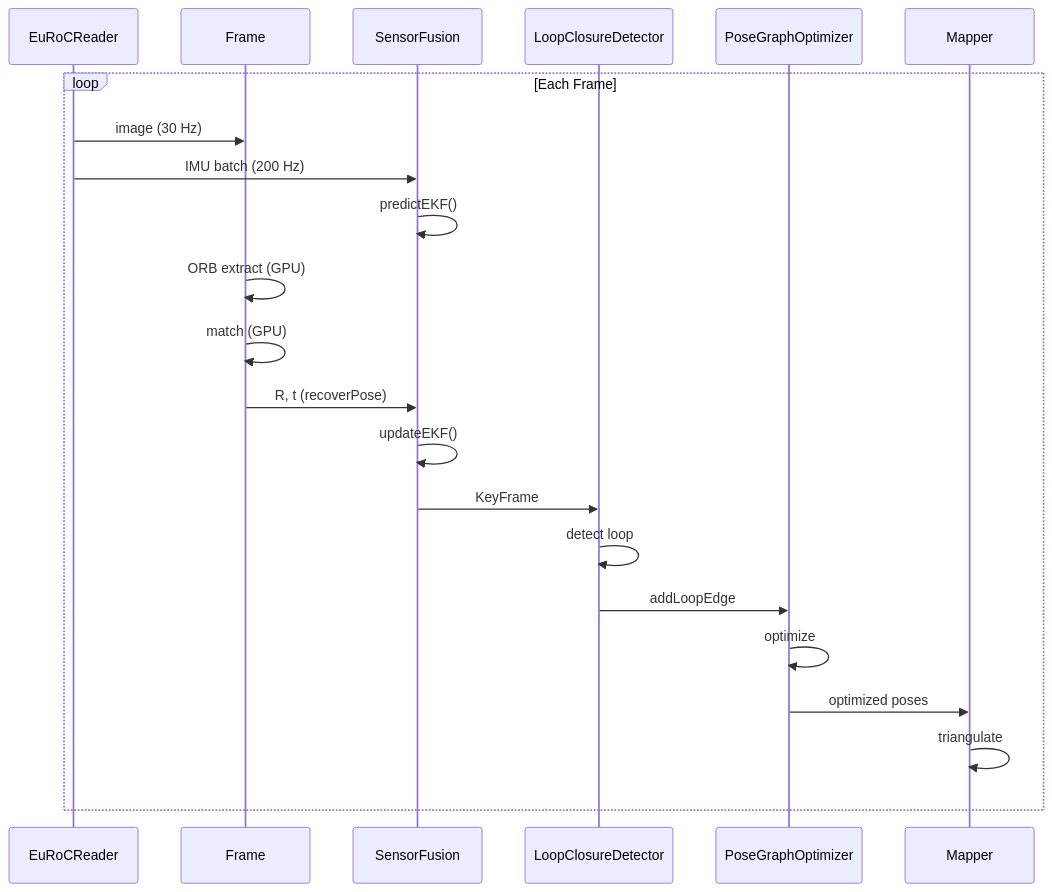
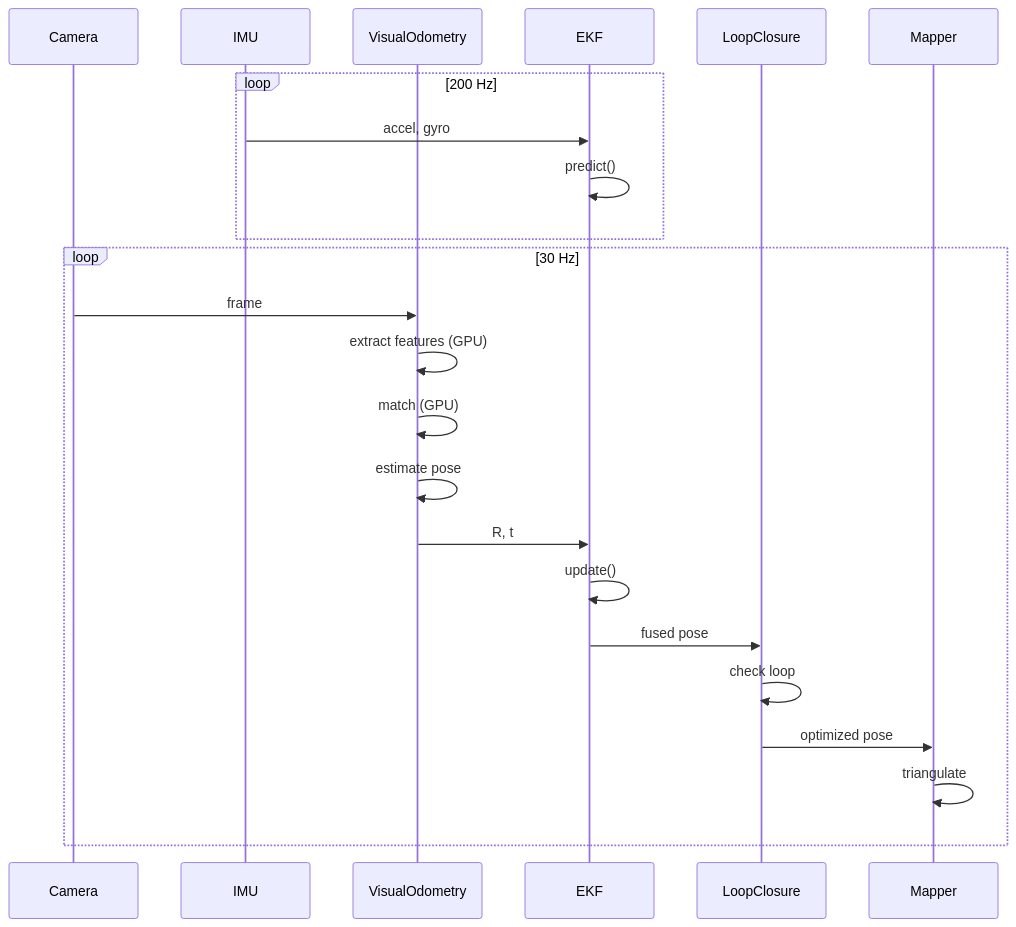
The fifth of 10 diagrams in README.md (robertteleng/aria-slam), drawn with Mermaid before and after one commit. The commit also changed other lines of this file, not shown here.

Commit message:
docs: add glossary section and fix Mermaid syntax

````diff
--- a/README.md
+++ b/README.md
@@ -336,25 +276,27 @@
 ```mermaid
 sequenceDiagram
-    participant ER as EuRoCReader
-    participant F as Frame
-    participant SF as SensorFusion
-    participant LCD as LoopClosureDetector
-    participant PGO as PoseGraphOptimizer
+    participant C as Camera
+    participant I as IMU
+    participant VO as VisualOdometry
+    participant SF as EKF
+    participant LC as LoopClosure
     participant M as Mapper
 
-    loop Each Frame
-        ER->>F: image (30 Hz)
-        ER->>SF: IMU batch (200 Hz)
-        SF->>SF: predictEKF()
-        F->>F: ORB extract (GPU)
-        F->>F: match (GPU)
-        F->>SF: R, t (recoverPose)
-        SF->>SF: updateEKF()
-        SF->>LCD: KeyFrame
-        LCD->>LCD: detect loop
-        LCD->>PGO: addLoopEdge
-        PGO->>PGO: optimize
-        PGO->>M: optimized poses
+    loop 200 Hz
+        I->>SF: accel, gyro
+        SF->>SF: predict()
+    end
+
+    loop 30 Hz
+        C->>VO: frame
+        VO->>VO: extract features (GPU)
+        VO->>VO: match (GPU)
+        VO->>VO: estimate pose
+        VO->>SF: R, t
+        SF->>SF: update()
+        SF->>LC: fused pose
+        LC->>LC: check loop
+        LC->>M: optimized pose
         M->>M: triangulate
     end
 ```
````
